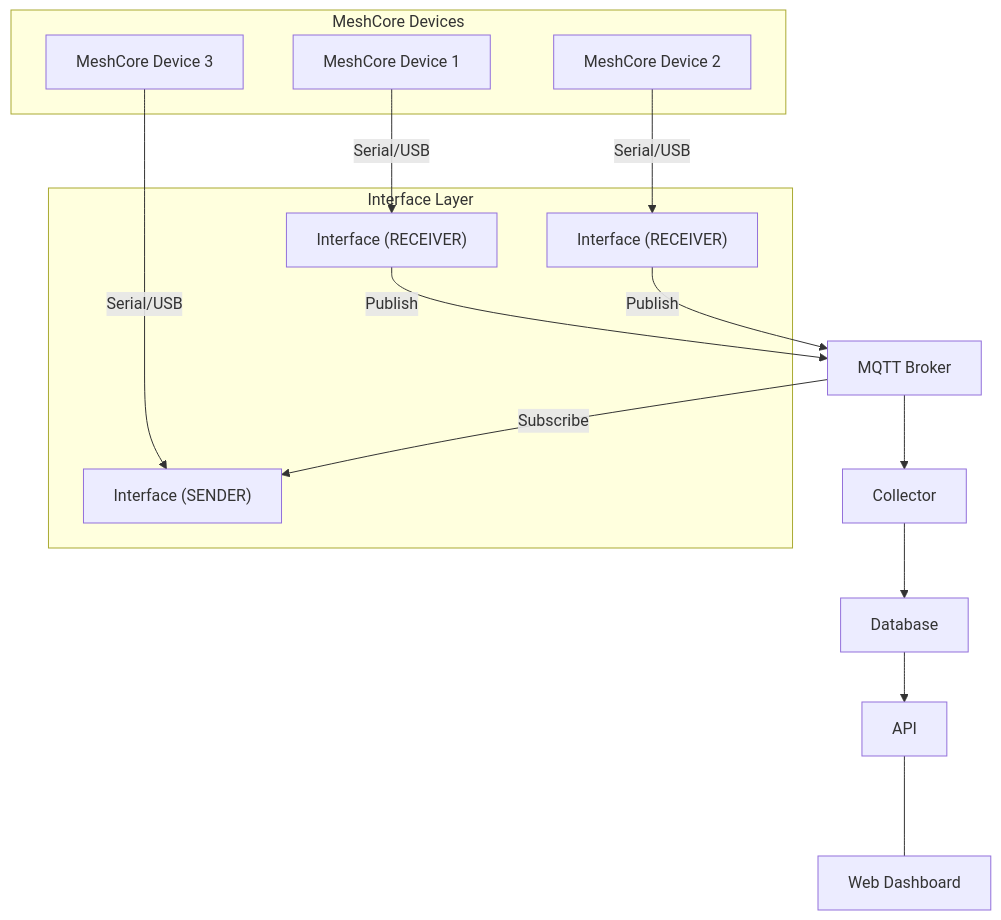
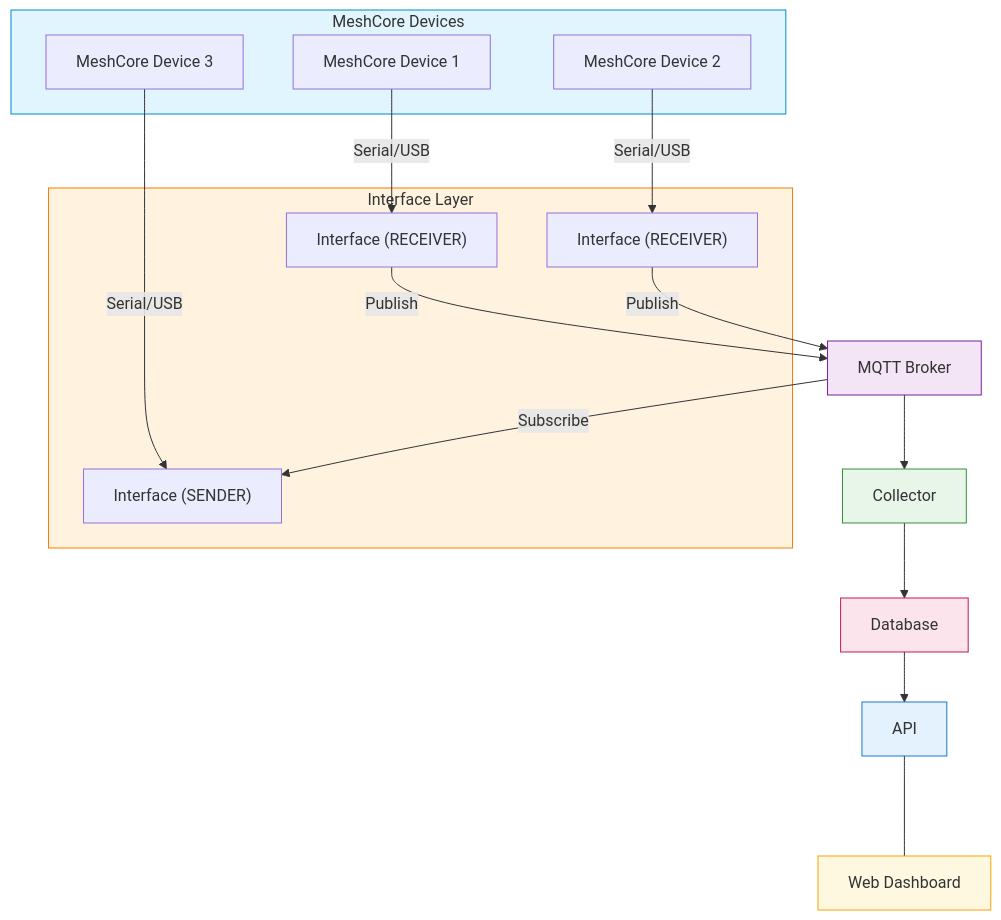
One commit to ov1d1u/meshcore-hub changed the first of 2 diagrams in README.md. Above: the diagram before and after it, drawn with Mermaid. The commit also changed other lines of this file, not shown here.

Commit message:
Updated diagrams

````diff
--- a/README.md
+++ b/README.md
@@ -20,28 +20,36 @@
 ```mermaid
 flowchart TB
     subgraph Devices["MeshCore Devices"]
         D1["MeshCore Device 1"]
         D2["MeshCore Device 2"]
         D3["MeshCore Device 3"]
     end
 
     subgraph Interfaces["Interface Layer"]
         I1["Interface (RECEIVER)"]
         I2["Interface (RECEIVER)"]
         I3["Interface (SENDER)"]
     end
 
     D1 -->|Serial/USB| I1
     D2 -->|Serial/USB| I2
     D3 -->|Serial/USB| I3
 
     I1 -->|Publish| MQTT
     I2 -->|Publish| MQTT
     MQTT -->|Subscribe| I3
 
     MQTT["MQTT Broker"]
     MQTT --> Collector
     Collector --> Database
     Database --> API
     API <--- Web["Web Dashboard"]
+
+    style Devices fill:#e1f5fe,stroke:#0288d1
+    style Interfaces fill:#fff3e0,stroke:#f57c00
+    style MQTT fill:#f3e5f5,stroke:#7b1fa2
+    style Collector fill:#e8f5e9,stroke:#388e3c
+    style Database fill:#fce4ec,stroke:#c2185b
+    style API fill:#e3f2fd,stroke:#1976d2
+    style Web fill:#fff8e1,stroke:#ffa000
 ```
````
